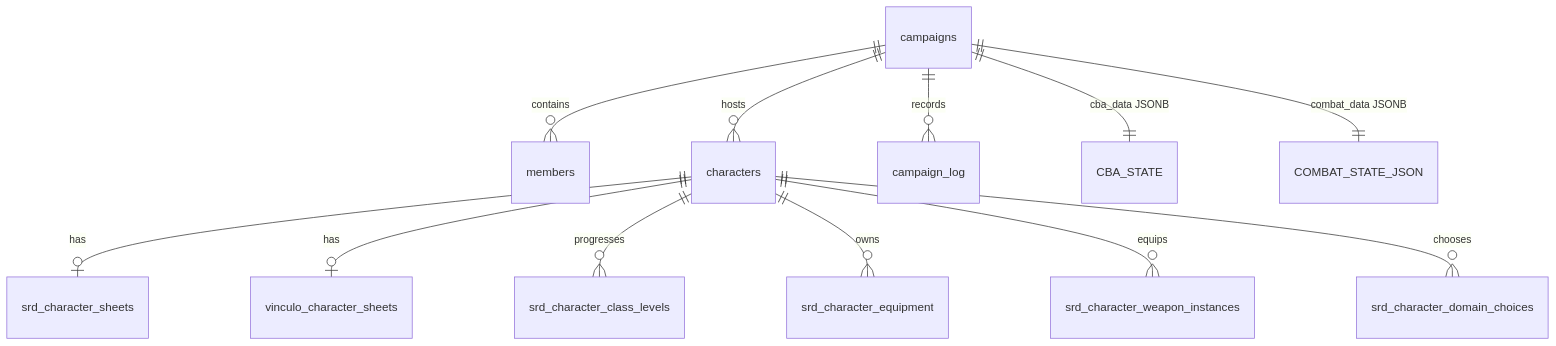
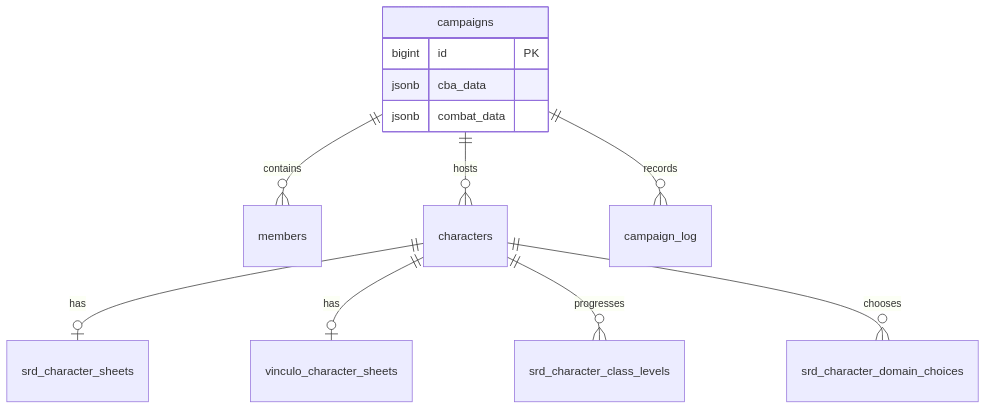
Before and after one commit to clubberblues/rpgvinculo: the diagram in docs/DATA_MODEL.md, drawn with Mermaid. The commit also changed other lines of this file, not shown here.

Commit message:
docs: distinguish enforced and logical data relationships

````diff
--- a/docs/DATA_MODEL.md
+++ b/docs/DATA_MODEL.md
@@ -7,14 +7,15 @@
 ```mermaid
 erDiagram
+  campaigns {
+    bigint id PK
+    jsonb cba_data
+    jsonb combat_data
+  }
   campaigns ||--o{ members : contains
   campaigns ||--o{ characters : hosts
   characters ||--o| srd_character_sheets : has
   characters ||--o| vinculo_character_sheets : has
   characters ||--o{ srd_character_class_levels : progresses
-  characters ||--o{ srd_character_equipment : owns
-  characters ||--o{ srd_character_weapon_instances : equips
   characters ||--o{ srd_character_domain_choices : chooses
   campaigns ||--o{ campaign_log : records
-  campaigns ||--|| CBA_STATE : "cba_data JSONB"
-  campaigns ||--|| COMBAT_STATE_JSON : "combat_data JSONB"
 ```
````
